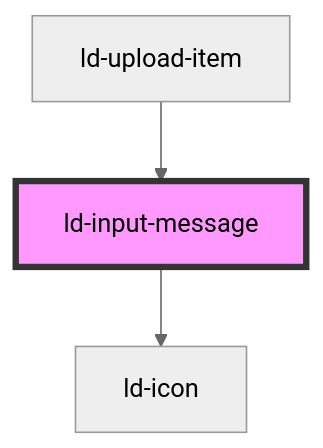
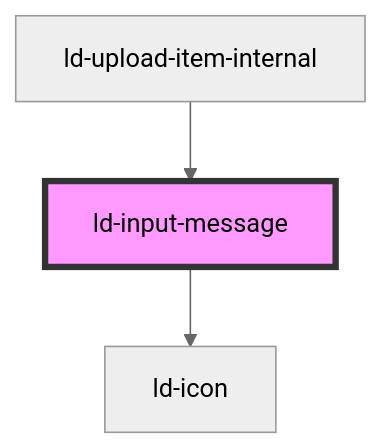
The diagram in src/liquid/components/ld-input-message/readme.md (emdgroup-liquid/liquid), drawn with Mermaid (neutral theme) before and after one commit. The commit also changed other lines of this file and 27 other files, not shown here.

Commit message:
fix(ld-file-upload): make sure internal components are internal

````diff
--- a/src/liquid/components/ld-input-message/readme.md
+++ b/src/liquid/components/ld-input-message/readme.md
@@ -123,6 +123,6 @@
 ```mermaid
 graph TD;
   ld-input-message --> ld-icon
-  ld-upload-item --> ld-input-message
+  ld-upload-item-internal --> ld-input-message
   style ld-input-message fill:#f9f,stroke:#333,stroke-width:4px
 ```
````
